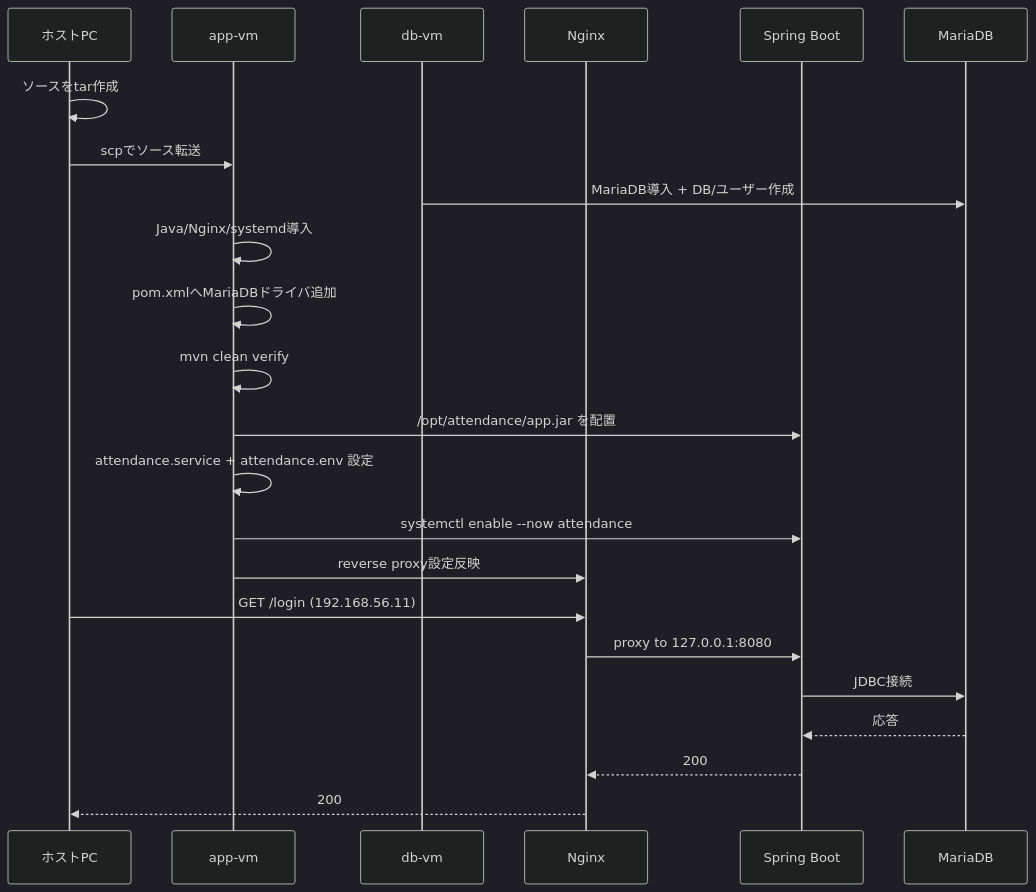
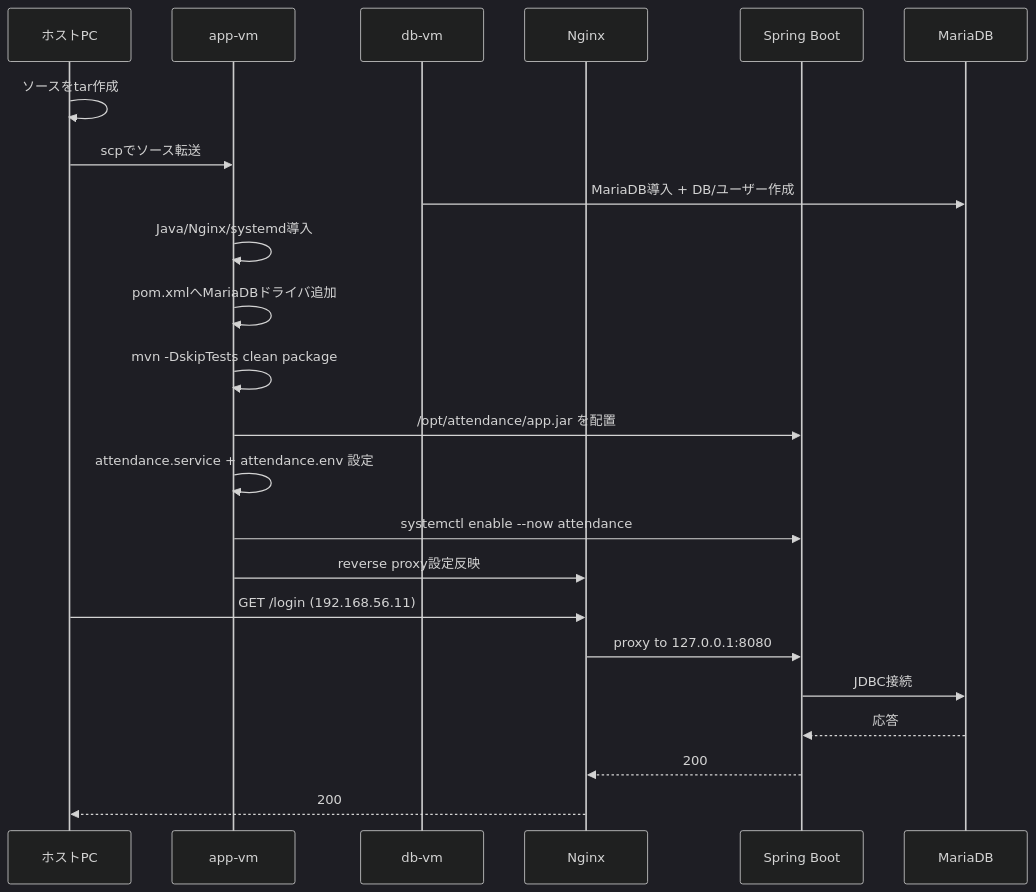
One commit to kiyomiya38/order-management-springboot changed the second of 3 diagrams in docs/curriculum/springboot/deployment/virtualbox/README.md. Above: the diagram before and after it, drawn with Mermaid (dark theme). The commit also changed other lines of this file and 323 other files, not shown here.

````diff
--- a/docs/curriculum/springboot/deployment/virtualbox/README.md
+++ b/docs/curriculum/springboot/deployment/virtualbox/README.md
@@ -71,27 +71,27 @@
 ```mermaid
 sequenceDiagram
   participant Host as ホストPC
   participant AppVM as app-vm
   participant DbVM as db-vm
   participant Nginx as Nginx
   participant App as Spring Boot
   participant DB as MariaDB
 
   Host->>Host: ソースをtar作成
   Host->>AppVM: scpでソース転送
   DbVM->>DB: MariaDB導入 + DB/ユーザー作成
   AppVM->>AppVM: Java/Nginx/systemd導入
   AppVM->>AppVM: pom.xmlへMariaDBドライバ追加
-  AppVM->>AppVM: mvn clean verify
+  AppVM->>AppVM: mvn -DskipTests clean package
   AppVM->>App: /opt/attendance/app.jar を配置
   AppVM->>AppVM: attendance.service + attendance.env 設定
   AppVM->>App: systemctl enable --now attendance
   AppVM->>Nginx: reverse proxy設定反映
 
   Host->>Nginx: GET /login (192.168.56.11)
   Nginx->>App: proxy to 127.0.0.1:8080
   App->>DB: JDBC接続
   DB-->>App: 応答
   App-->>Nginx: 200
   Nginx-->>Host: 200
 ```
````
